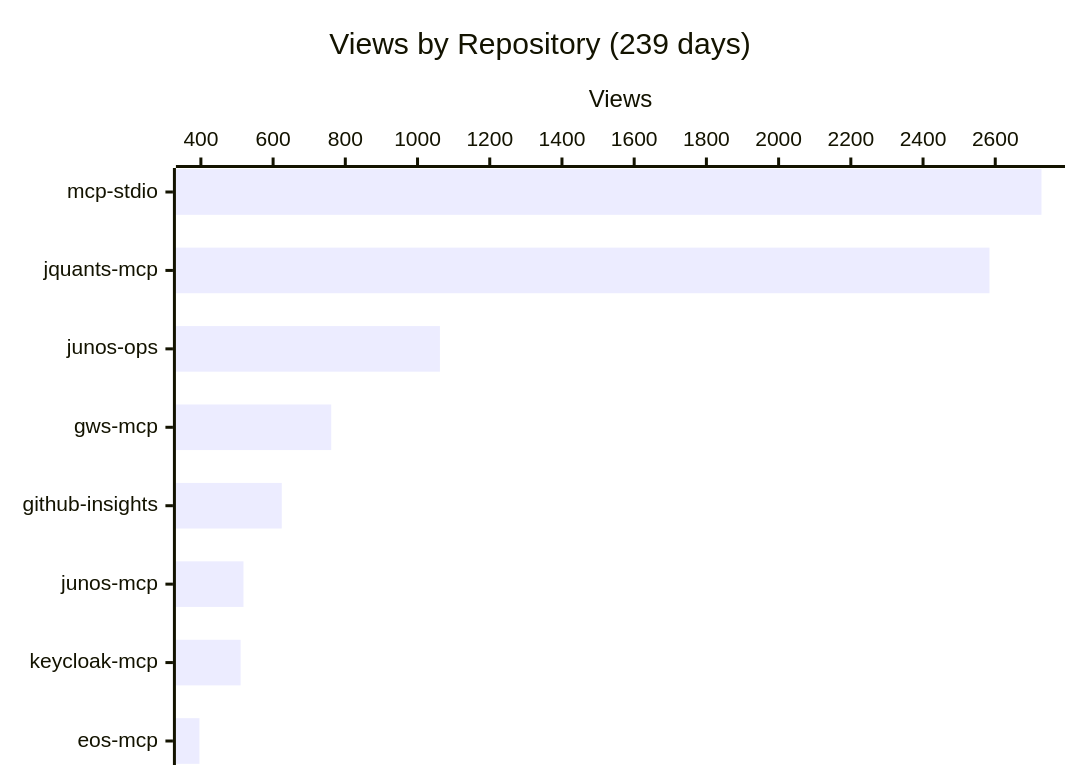
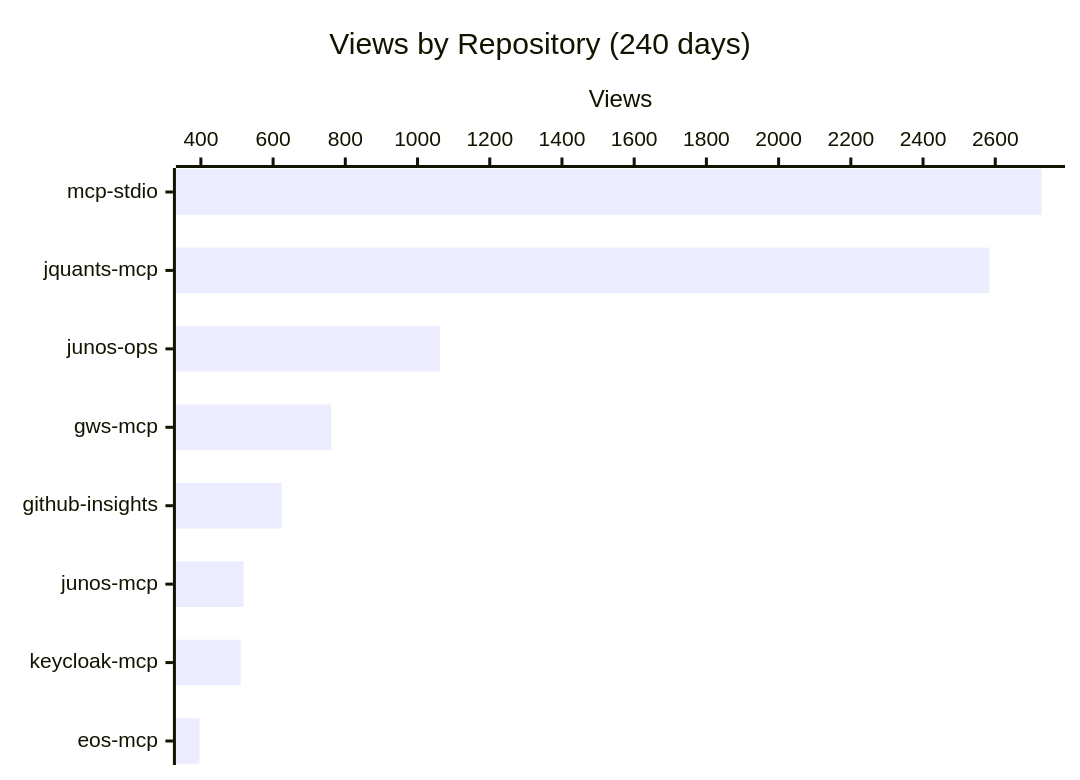
One commit to shigechika/github-insights changed the first of 4 diagrams in README.md. Above: the diagram before and after it, drawn with Mermaid. The commit also changed other lines of this file and 1 other file, not shown here.

````diff
--- a/README.md
+++ b/README.md
@@ -18,7 +18,7 @@
 ```mermaid
 xychart-beta horizontal
-    title "Views by Repository (239 days)"
+    title "Views by Repository (240 days)"
     x-axis ["mcp-stdio", "jquants-mcp", "junos-ops", "gws-mcp", "github-insights", "junos-mcp", "keycloak-mcp", "eos-mcp"]
     y-axis "Views"
     bar [2728, 2584, 1062, 761, 624, 518, 510, 396]
 ```
````
